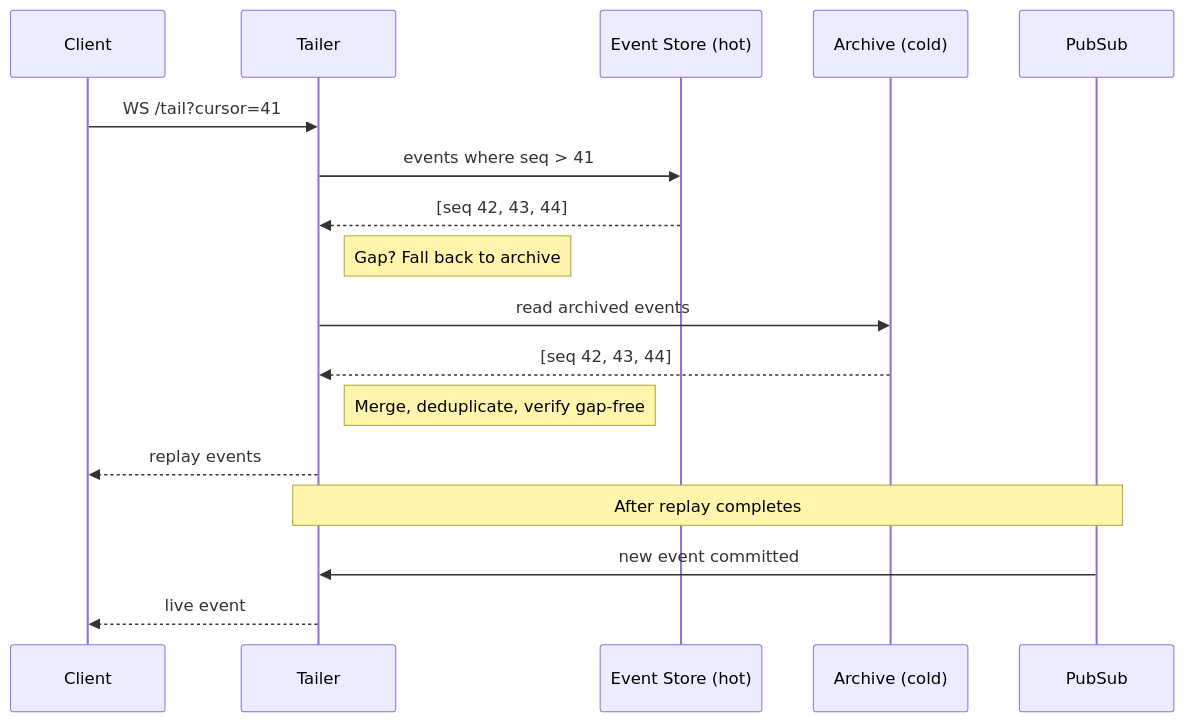
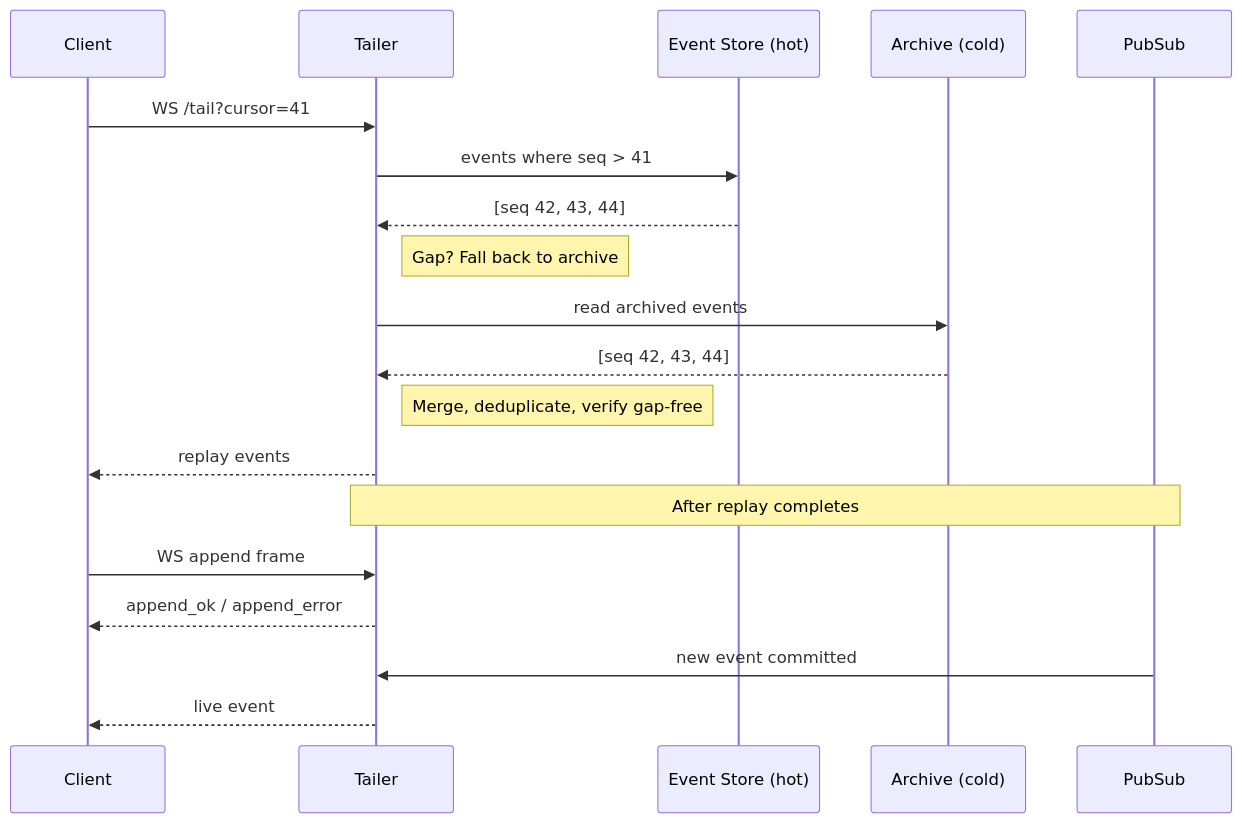
One commit to fastpaca/starcite changed the second of 3 diagrams in docs/architecture.md. Above: the diagram before and after it, drawn with Mermaid. The commit also changed other lines of this file and 10 other files, not shown here.

````diff
--- a/docs/architecture.md
+++ b/docs/architecture.md
@@ -74,21 +74,23 @@
 ```mermaid
 sequenceDiagram
     participant C as Client
     participant T as Tailer
     participant E as Event Store (hot)
     participant A as Archive (cold)
     participant P as PubSub
 
     C->>T: WS /tail?cursor=41
     T->>E: events where seq > 41
     E-->>T: [seq 42, 43, 44]
     Note right of T: Gap? Fall back to archive
     T->>A: read archived events
     A-->>T: [seq 42, 43, 44]
     Note right of T: Merge, deduplicate, verify gap-free
     T-->>C: replay events
 
     Note over P,T: After replay completes
+    C->>T: WS append frame
+    T-->>C: append_ok / append_error
     P->>T: new event committed
     T-->>C: live event
 ```
````
